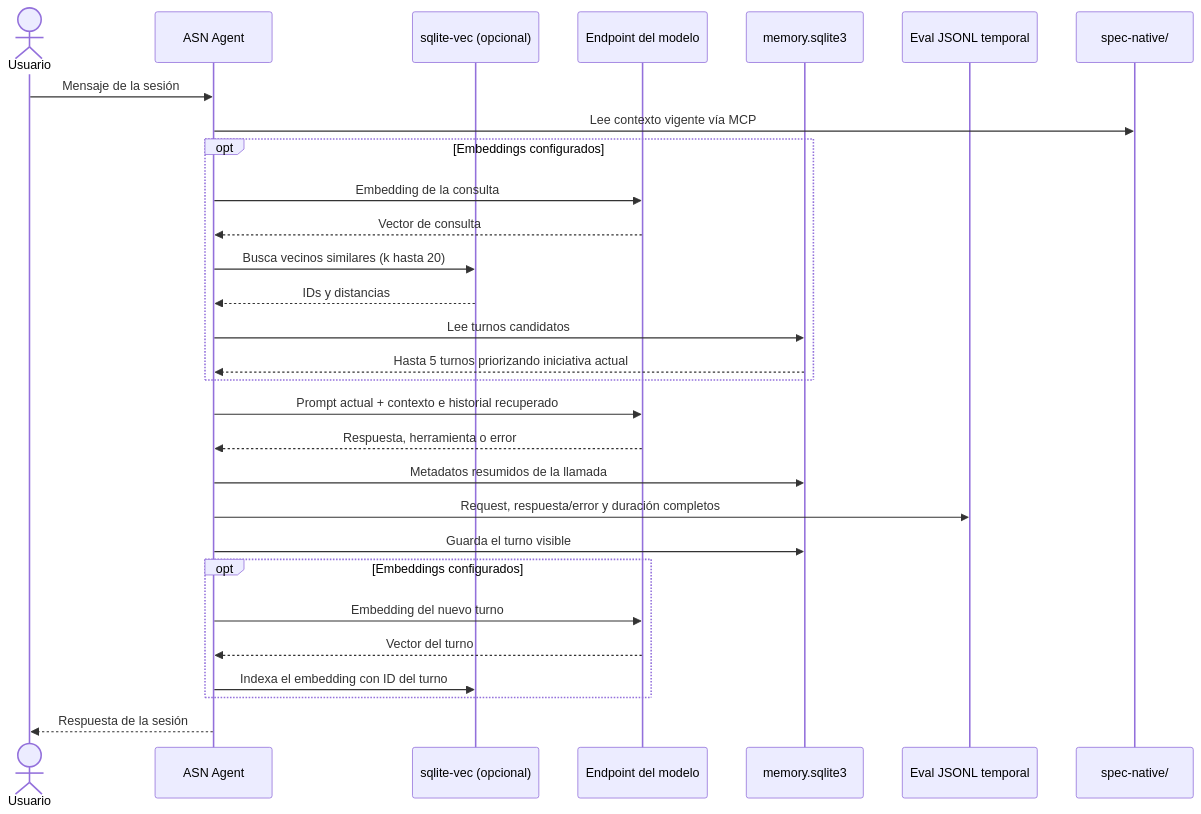
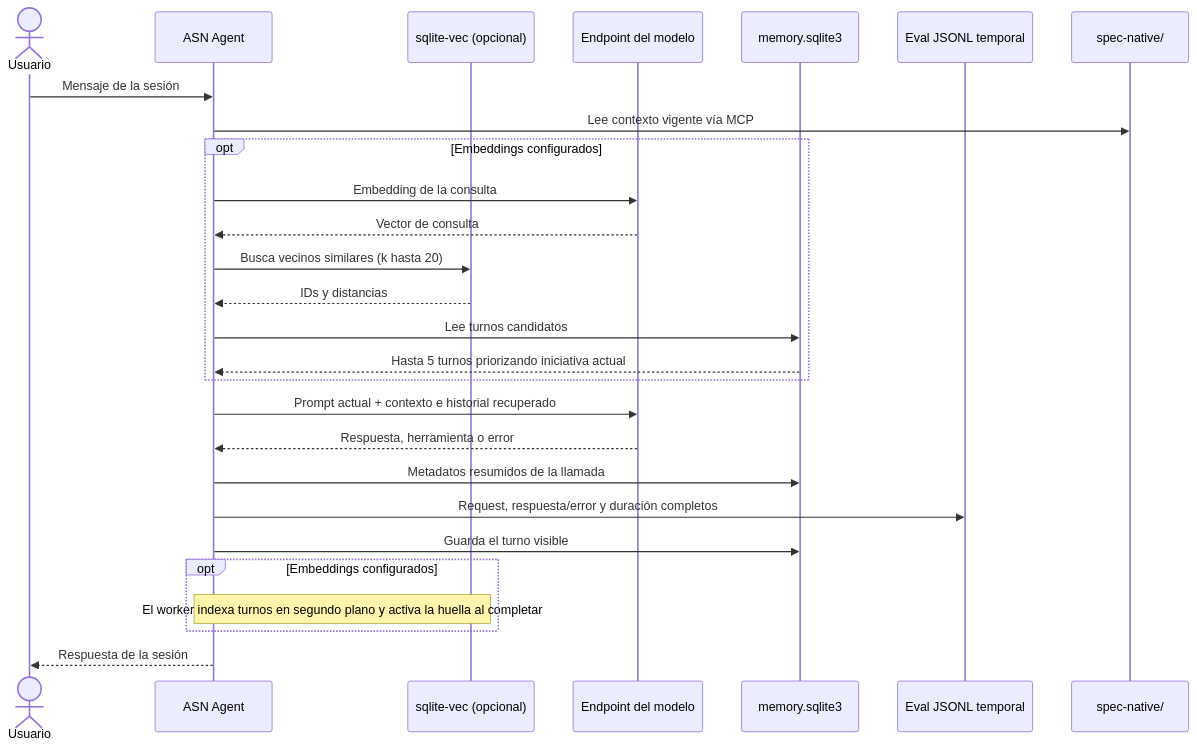
The second of 3 diagrams in docs/history-and-sqlite.md (rafex/Agent-SpecNative-Development), drawn with Mermaid before and after one commit. The commit also changed other lines of this file and 21 other files, not shown here.

````diff
--- a/docs/history-and-sqlite.md
+++ b/docs/history-and-sqlite.md
@@ -74,32 +78,30 @@
 ```mermaid
 sequenceDiagram
     actor Usuario
     participant ASN as ASN Agent
     participant Vec as sqlite-vec (opcional)
     participant Modelo as Endpoint del modelo
     participant SQLite as memory.sqlite3
     participant Eval as Eval JSONL temporal
     participant Spec as spec-native/
 
     Usuario->>ASN: Mensaje de la sesión
     ASN->>Spec: Lee contexto vigente vía MCP
     opt Embeddings configurados
         ASN->>Modelo: Embedding de la consulta
         Modelo-->>ASN: Vector de consulta
         ASN->>Vec: Busca vecinos similares (k hasta 20)
         Vec-->>ASN: IDs y distancias
         ASN->>SQLite: Lee turnos candidatos
         SQLite-->>ASN: Hasta 5 turnos priorizando iniciativa actual
     end
     ASN->>Modelo: Prompt actual + contexto e historial recuperado
     Modelo-->>ASN: Respuesta, herramienta o error
     ASN->>SQLite: Metadatos resumidos de la llamada
     ASN->>Eval: Request, respuesta/error y duración completos
     ASN->>SQLite: Guarda el turno visible
     opt Embeddings configurados
-        ASN->>Modelo: Embedding del nuevo turno
-        Modelo-->>ASN: Vector del turno
-        ASN->>Vec: Indexa el embedding con ID del turno
+        Note over ASN,Vec: El worker indexa turnos en segundo plano y activa la huella al completar
     end
     ASN-->>Usuario: Respuesta de la sesión
 ```
````
